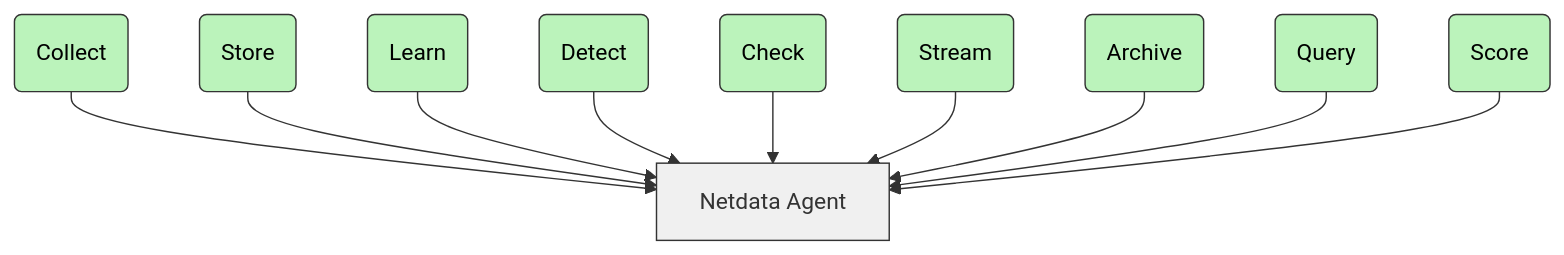
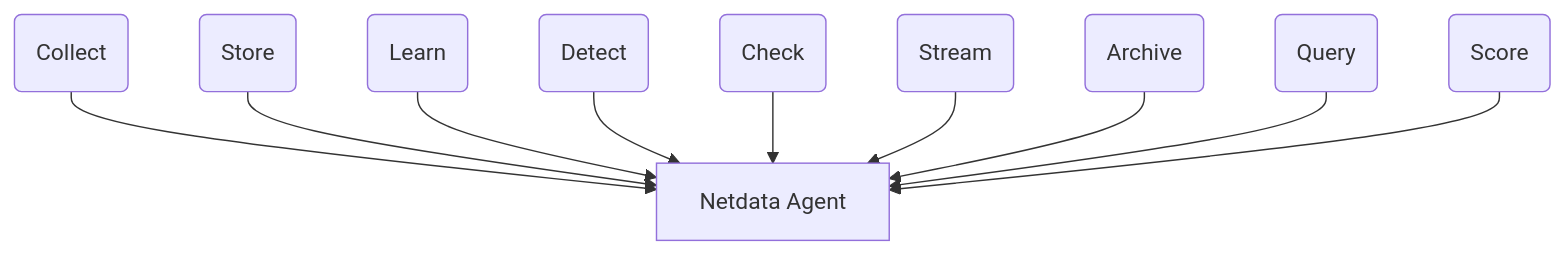
One commit to rotem-zecharia/goldmine changed the second of 2 diagrams in catalog/details/netdata__netdata.md. Above: the diagram before and after it, drawn with Mermaid. The commit also changed other lines of this file and 20 other files, not shown here.

````diff
--- a/catalog/details/netdata__netdata.md
+++ b/catalog/details/netdata__netdata.md
@@ -124,16 +147,13 @@
 ```mermaid
 flowchart TB
-  A[Netdata Agent]:::mainNode
-  A1(Collect):::green --> A
-  A2(Store):::green --> A
-  A3(Learn):::green --> A
-  A4(Detect):::green --> A
-  A5(Check):::green --> A
-  A6(Stream):::green --> A
-  A7(Archive):::green --> A
-  A8(Query):::green --> A
-  A9(Score):::green --> A
-
-  classDef green fill:#bbf3bb,stroke:#333,stroke-width:1px,color:#000
-  classDef mainNode fill:#f0f0f0,stroke:#333,stroke-width:1px,color:#333
+  A[Netdata Agent]
+  A1(Collect) --> A
+  A2(Store) --> A
+  A3(Learn) --> A
+  A4(Detect) --> A
+  A5(Check) --> A
+  A6(Stream) --> A
+  A7(Archive) --> A
+  A8(Query) --> A
+  A9(Score) --> A
 ```
````
